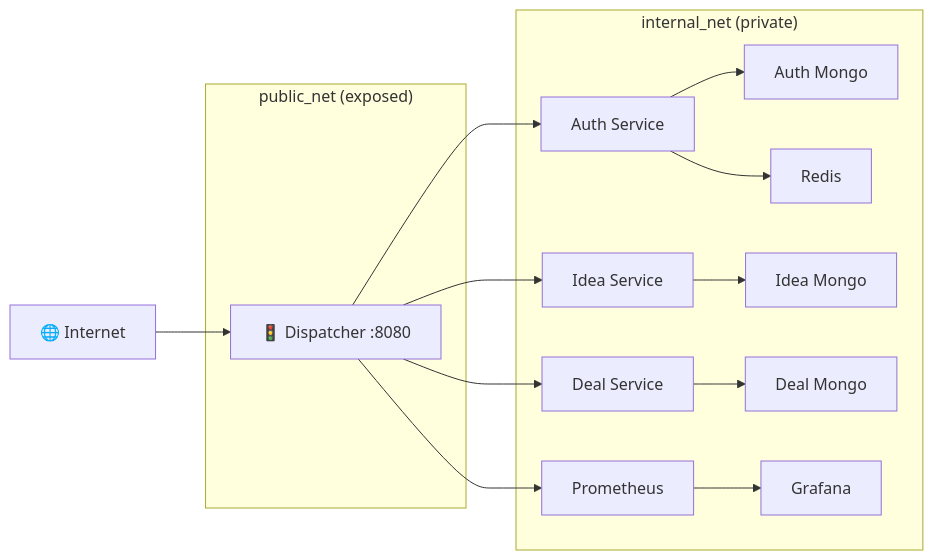
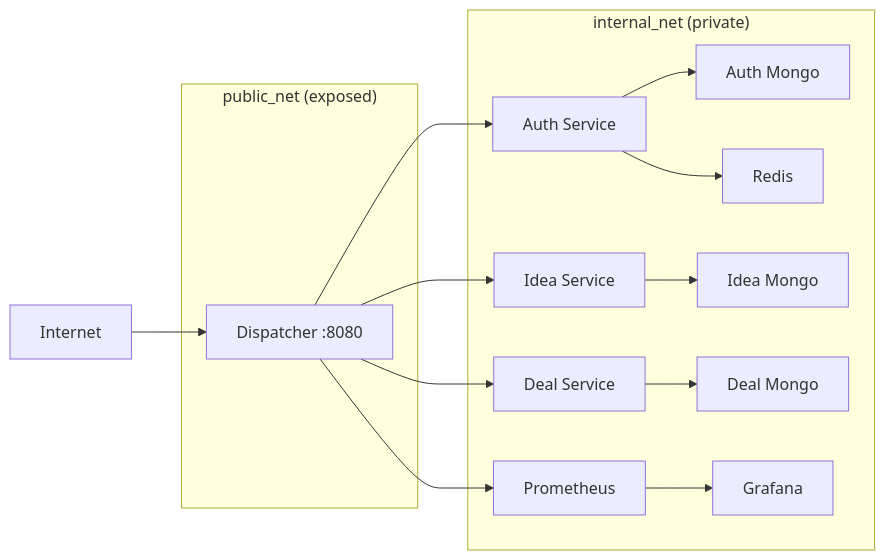
The third of 3 diagrams in README.md (TheGhost966/InvestBridge), drawn with Mermaid before and after one commit. The commit also changed other lines of this file, not shown here.

````diff
--- a/README.md
+++ b/README.md
@@ -106,24 +106,24 @@
 ```mermaid
 flowchart LR
     subgraph public_net["public_net (exposed)"]
-        D["🚦 Dispatcher :8080"]
+        D["Dispatcher :8080"]
     end
     subgraph internal_net["internal_net (private)"]
         A["Auth Service"]
         I["Idea Service"]
         De["Deal Service"]
         AM["Auth Mongo"]
         IM["Idea Mongo"]
         DM["Deal Mongo"]
         R["Redis"]
         P["Prometheus"]
         G["Grafana"]
     end
-    Internet["🌐 Internet"] --> D
+    Internet["Internet"] --> D
     D --> A & I & De
     A --> AM & R
     I --> IM
     De --> DM
     D --> P
     P --> G
 ```
````
